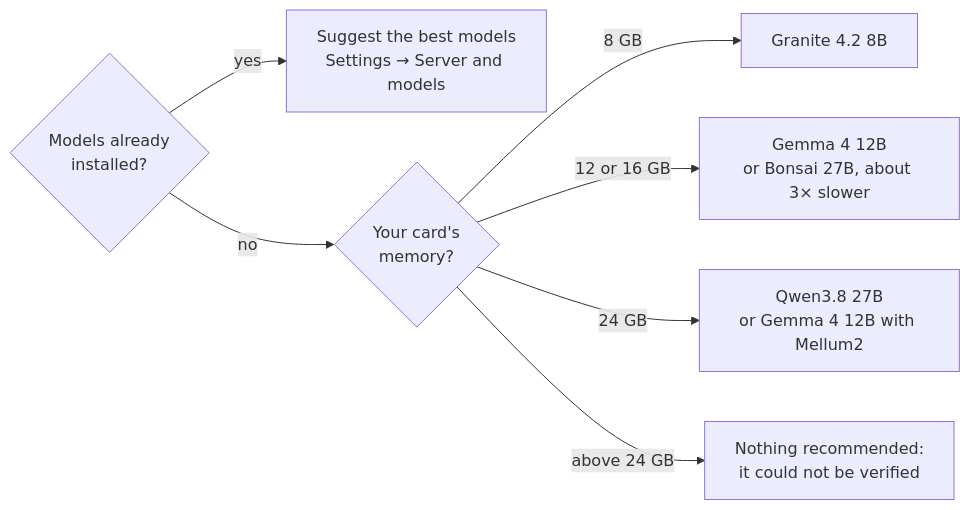
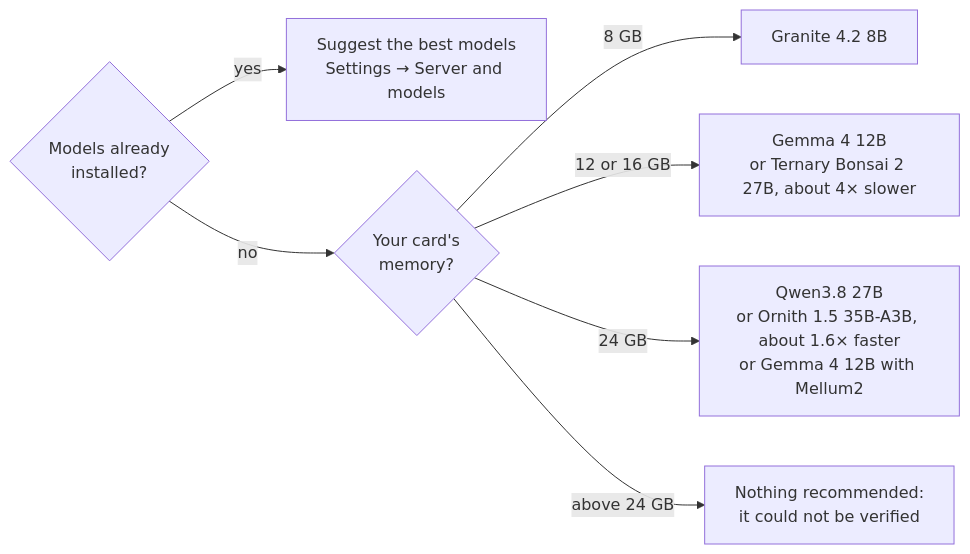
The diagram in docs/models.md (EstaxNet/Inferpal), drawn with Mermaid before and after one commit. The commit also changed other lines of this file and 7 other files, not shown here.

First line of the commit message:
Recommend Ternary Bonsai 2 27B and Ornith 1.5 35B-A3B

````diff
--- a/docs/models.md
+++ b/docs/models.md
@@ -28,9 +28,9 @@
 ```mermaid
 flowchart LR
     I{"Models already<br/>installed?"} -- yes --> S["Suggest the best models<br/>Settings → Server and models"]
     I -- no --> C{"Your card's<br/>memory?"}
     C -- "8 GB" --> G["Granite 4.2 8B"]
-    C -- "12 or 16 GB" --> M["Gemma 4 12B<br/>or Bonsai 27B, about 3× slower"]
-    C -- "24 GB" --> Q["Qwen3.8 27B<br/>or Gemma 4 12B with Mellum2"]
+    C -- "12 or 16 GB" --> M["Gemma 4 12B<br/>or Ternary Bonsai 2 27B, about 4× slower"]
+    C -- "24 GB" --> Q["Qwen3.8 27B<br/>or Ornith 1.5 35B-A3B, about 1.6× faster<br/>or Gemma 4 12B with Mellum2"]
     C -- "above 24 GB" --> N["Nothing recommended:<br/>it could not be verified"]
 ```
````
